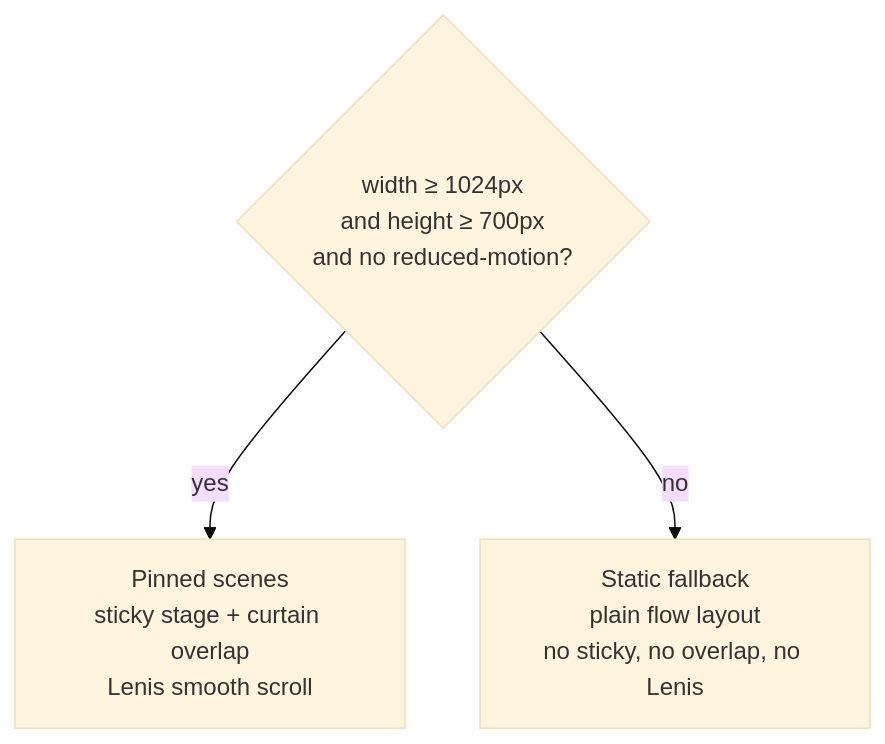
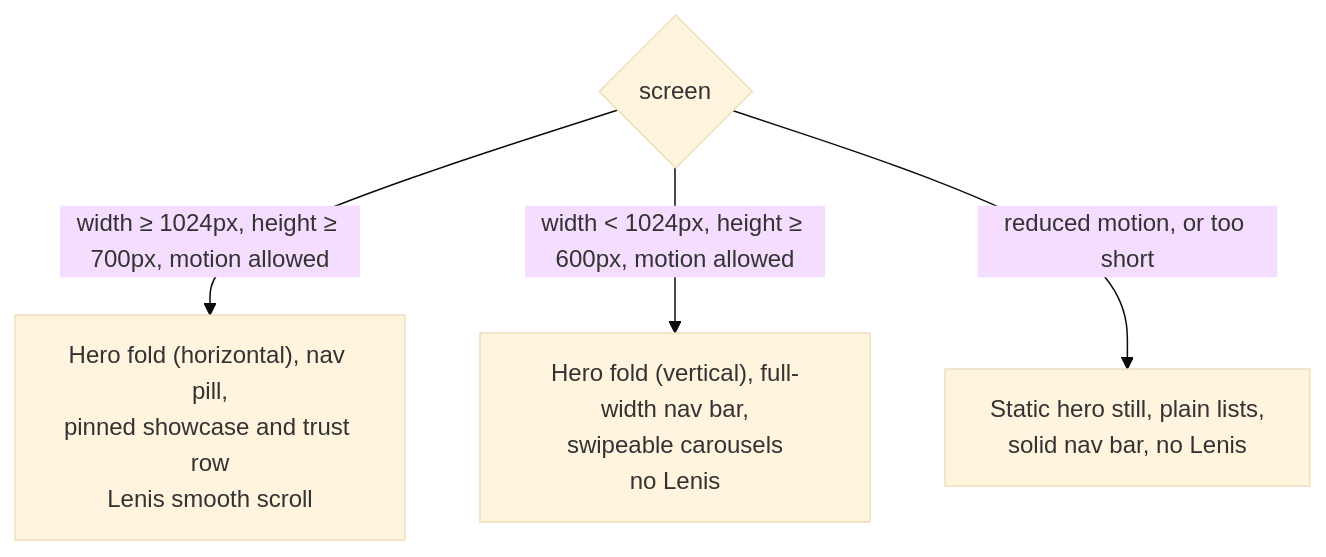
Before and after one commit to tobin-protocol/tobin: the second of 2 diagrams in apps/landing/README.md, drawn with Mermaid (base theme). The commit also changed other lines of this file, not shown here.

````diff
--- a/apps/landing/README.md
+++ b/apps/landing/README.md
@@ -85,6 +125,7 @@
 ```mermaid
 flowchart TB
-  q{"width ≥ 1024px<br/>and height ≥ 700px<br/>and no reduced-motion?"}
-  q -- "yes" --> pinned["Pinned scenes<br/>sticky stage + curtain overlap<br/>Lenis smooth scroll"]
-  q -- "no" --> flow["Static fallback<br/>plain flow layout<br/>no sticky, no overlap, no Lenis"]
+  q{"screen"}
+  q -- "width ≥ 1024px, height ≥ 700px, motion allowed" --> pinned["Hero fold (horizontal), nav pill,<br/>pinned showcase and trust row<br/>Lenis smooth scroll"]
+  q -- "width < 1024px, height ≥ 600px, motion allowed" --> compact["Hero fold (vertical), full-width nav bar,<br/>swipeable carousels<br/>no Lenis"]
+  q -- "reduced motion, or too short" --> flow["Static hero still, plain lists,<br/>solid nav bar, no Lenis"]
 ```
````
